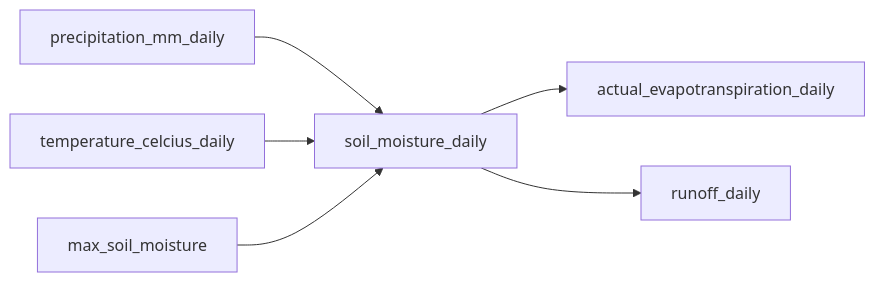
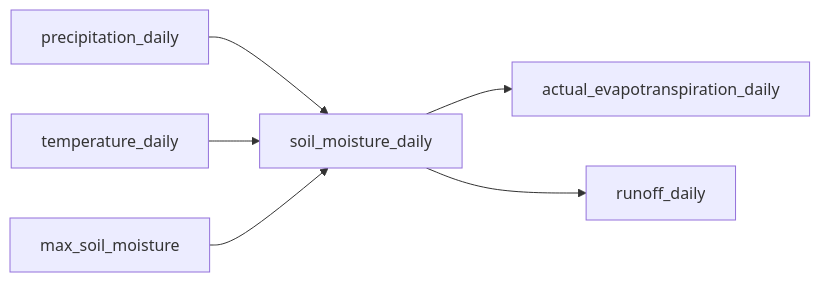
The diagram in docs/getting_started/concepts.md (SatTerC/satterc), drawn with Mermaid before and after one commit. The commit also changed other lines of this file and 43 other files, not shown here.

````diff
--- a/docs/getting_started/concepts.md
+++ b/docs/getting_started/concepts.md
@@ -20,8 +20,8 @@
 ```mermaid
 graph LR
-    A["precipitation_mm_daily"] --> B["soil_moisture_daily"]
-    C["temperature_celcius_daily"] --> B
+    A["precipitation_daily"] --> B["soil_moisture_daily"]
+    C["temperature_daily"] --> B
     D["max_soil_moisture"] --> B
     B --> E["actual_evapotranspiration_daily"]
     B --> F["runoff_daily"]
 ```
````
